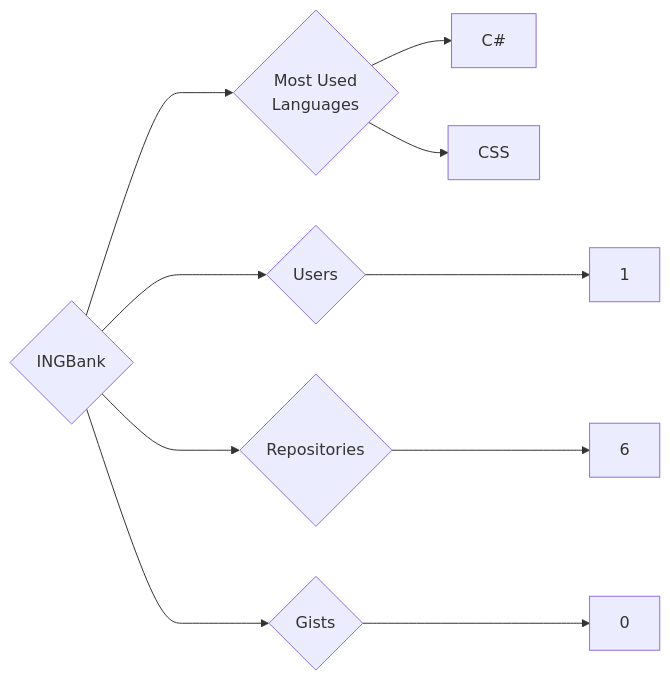
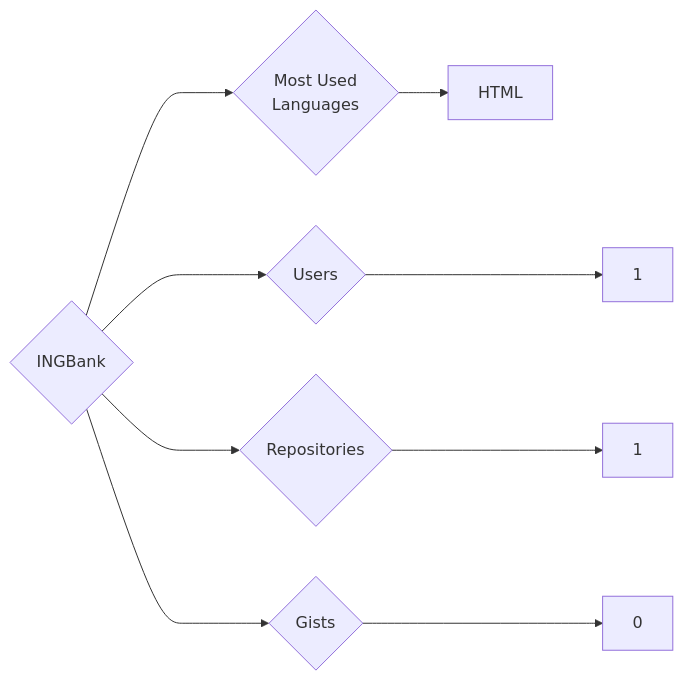
One commit to trickest/insiders changed the diagram in targets/INGBank/README.md. Above: the diagram before and after it, drawn with Mermaid. The commit also changed 951 other files, not shown here.

````diff
--- a/targets/INGBank/README.md
+++ b/targets/INGBank/README.md
@@ -3,10 +3,9 @@
 ```mermaid
 graph LR
 COMPANY_NAME{INGBank}
 COMPANY_NAME ---> U{Users} ---> UN[1]
-COMPANY_NAME ---> R{Repositories} ---> RN[6]
+COMPANY_NAME ---> R{Repositories} ---> RN[1]
 COMPANY_NAME ---> G{Gists} ---> GN[0]
 COMPANY_NAME ---> ML{Most Used<br>Languages}
-ML --> C#[C#]
-ML --> CSS[CSS]
+ML --> HTML[HTML]
 ```
````
